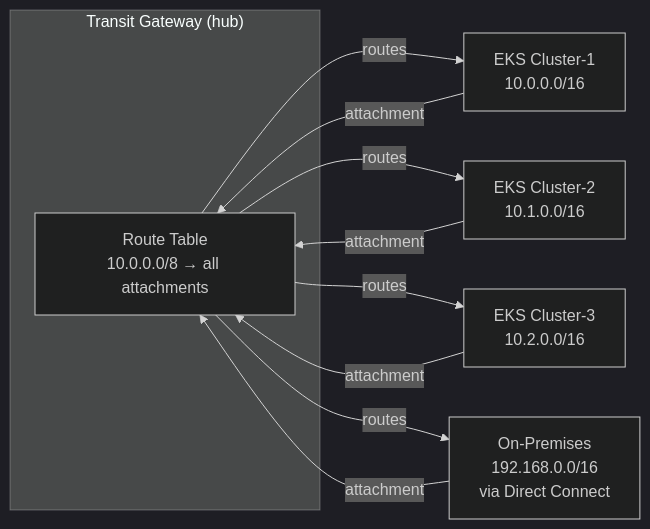
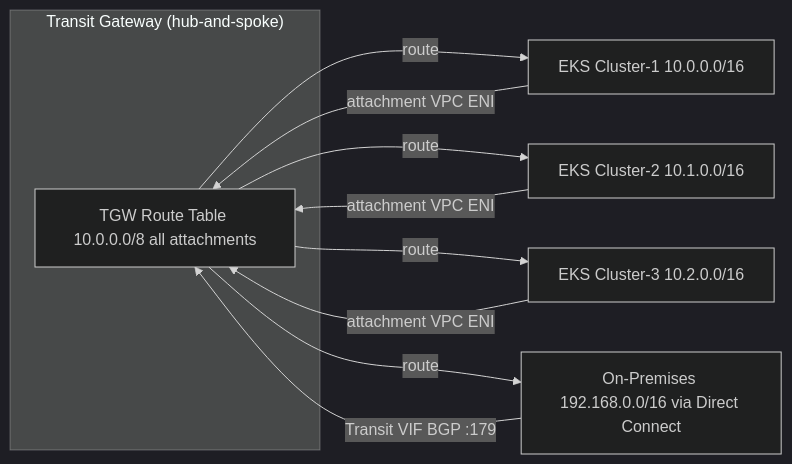
The first of 4 diagrams in lessons/32-aws-hybrid-multicluster.md (MykolaLebid/Kubernetes_networking_engineering), drawn with Mermaid (dark theme) before and after one commit. The commit also changed other lines of this file and 35 other files, not shown here.

First line of the commit message:
Restructure all 34 lessons: Theory/Practice split, richer diagrams, industry examples, navigation

````diff
--- a/lessons/32-aws-hybrid-multicluster.md
+++ b/lessons/32-aws-hybrid-multicluster.md
@@ -98,14 +88,14 @@
 ```mermaid
 flowchart LR
-    subgraph TGW["Transit Gateway (hub)"]
-        RT[Route Table\n10.0.0.0/8 → all attachments]
+    subgraph TGW["Transit Gateway (hub-and-spoke)"]
+        RT["TGW Route Table 10.0.0.0/8 all attachments"]
     end
-    EKS1[EKS Cluster-1\n10.0.0.0/16] -->|attachment| RT
-    EKS2[EKS Cluster-2\n10.1.0.0/16] -->|attachment| RT
-    EKS3[EKS Cluster-3\n10.2.0.0/16] -->|attachment| RT
-    OnPrem[On-Premises\n192.168.0.0/16\nvia Direct Connect] -->|attachment| RT
-    RT -->|routes| EKS1
-    RT -->|routes| EKS2
-    RT -->|routes| EKS3
-    RT -->|routes| OnPrem
+    EKS1["EKS Cluster-1 10.0.0.0/16"] --"attachment VPC ENI"--> RT
+    EKS2["EKS Cluster-2 10.1.0.0/16"] --"attachment VPC ENI"--> RT
+    EKS3["EKS Cluster-3 10.2.0.0/16"] --"attachment VPC ENI"--> RT
+    OnPrem["On-Premises 192.168.0.0/16 via Direct Connect"] --"Transit VIF BGP :179"--> RT
+    RT --"route"--> EKS1
+    RT --"route"--> EKS2
+    RT --"route"--> EKS3
+    RT --"route"--> OnPrem
 ```
````
